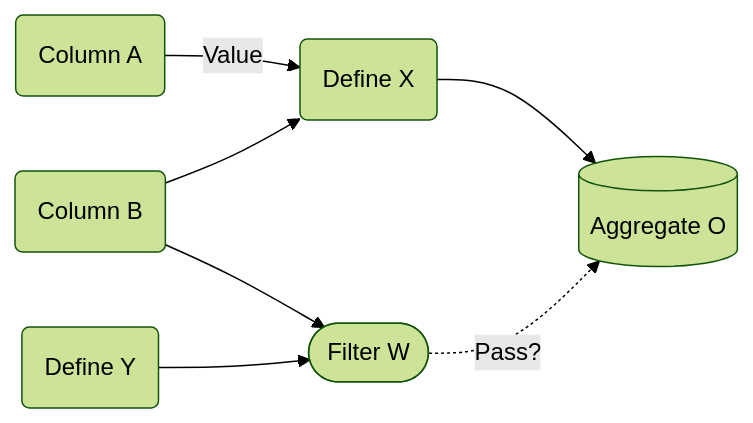
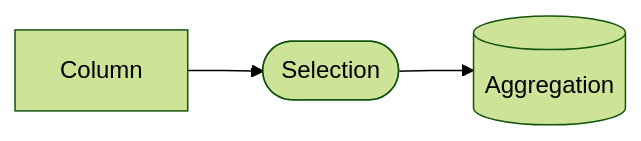
Before and after one commit to taehyounpark/queryosity: the diagram in docs/features/basic.md, drawn with Mermaid (forest theme). The commit also changed other lines of this file and 7 other files, not shown here.

````diff
--- a/docs/features/basic.md
+++ b/docs/features/basic.md
@@ -5,9 +3,5 @@
-    ``` mermaid 
-    graph LR
-    A(Column A) --Value--> X(Define X);
-    B(Column B) --> X;
-    Y(Define Y) --> F([Filter W]);
-    B --> F;
-    X --> O[(Aggregate O)];
-    F -. Pass? .-> O
-    ```
+``` mermaid 
+graph LR
+A[Column] --> B([Selection]);
+B --> C[(Aggregation)];
+```
````
